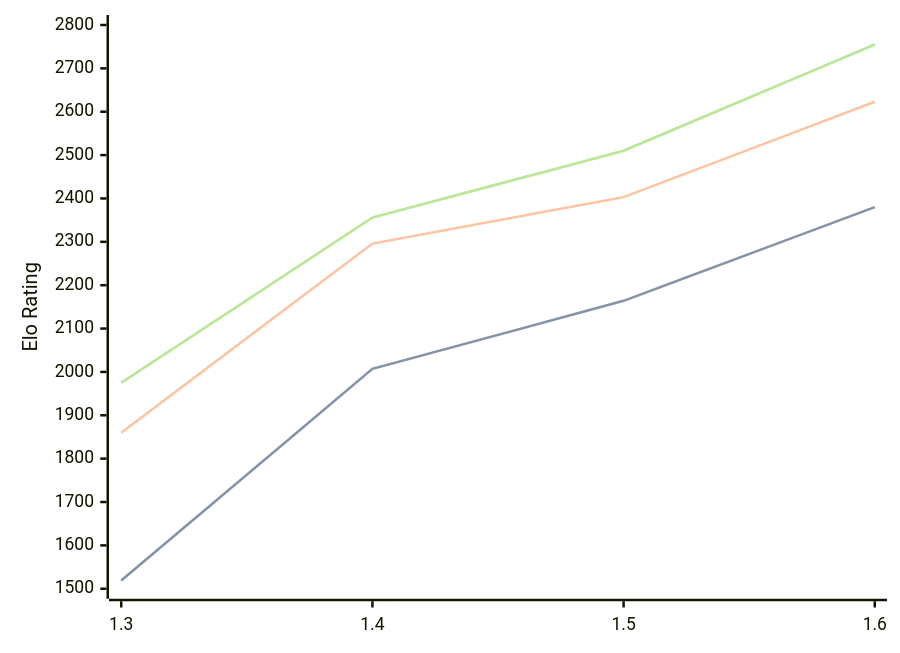
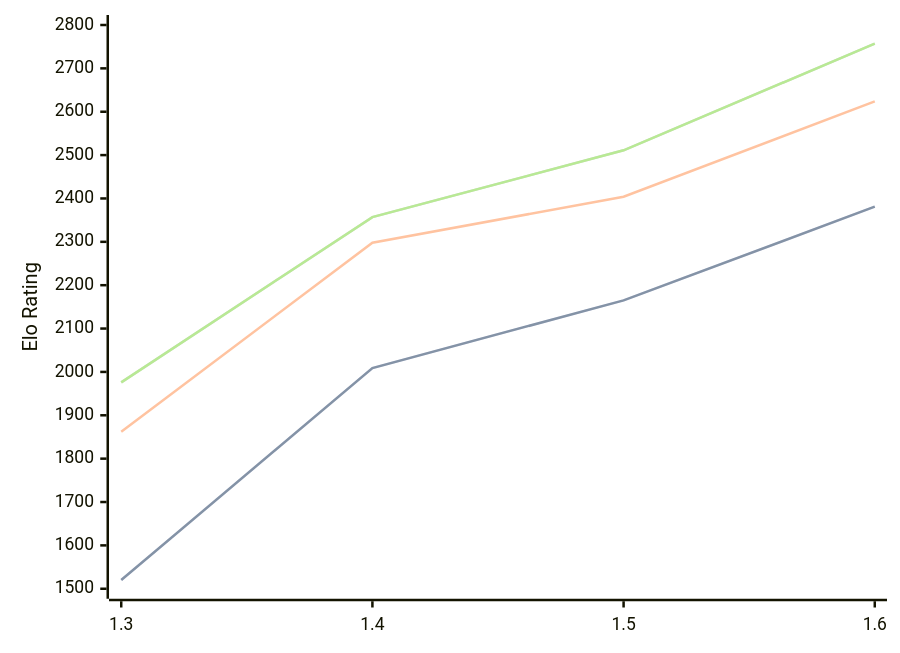
One commit to computer-chess-index/cci changed the diagram in engines/Facon.md. Above: the diagram before and after it, drawn with Mermaid. The commit also changed other lines of this file, not shown here.

Commit message:
Update CCI Ratings (ELO VLTC) - 2026-10-09

````diff
--- a/engines/Facon.md
+++ b/engines/Facon.md
@@ -36,11 +36,11 @@
 ```mermaid
 %%{init: {"theme":"base","themeVariables":{"seriesColors:['#a3a3a3','#222221','#faa371']}}}%%
 xychart-beta
   x-axis ["1.3", "1.4", "1.5", "1.6"]
   y-axis "Elo Rating" 1500 --> 2800
-  line "" [1519, 2007, 2164, 2380]
-  line "STC (8.0+0.08s)" [1519, 2007, 2164, 2380]
-  line "LTC (60.0+0.60s)" [1860, 2296, 2403, 2623]
-  line "" [1975, 2356, 2510, 2755]
-  line "VLTC (2m24s+1.12s)" [1975, 2356, 2510, 2755]
+  line "" [1520, 2009, 2165, 2381]
+  line "STC (8.0+0.08s)" [1520, 2009, 2165, 2381]
+  line "LTC (60.0+0.60s)" [1862, 2298, 2404, 2624]
+  line "" [1976, 2357, 2511, 2757]
+  line "VLTC (2m24s+1.12s)" [1976, 2357, 2511, 2757]
 ```
````
